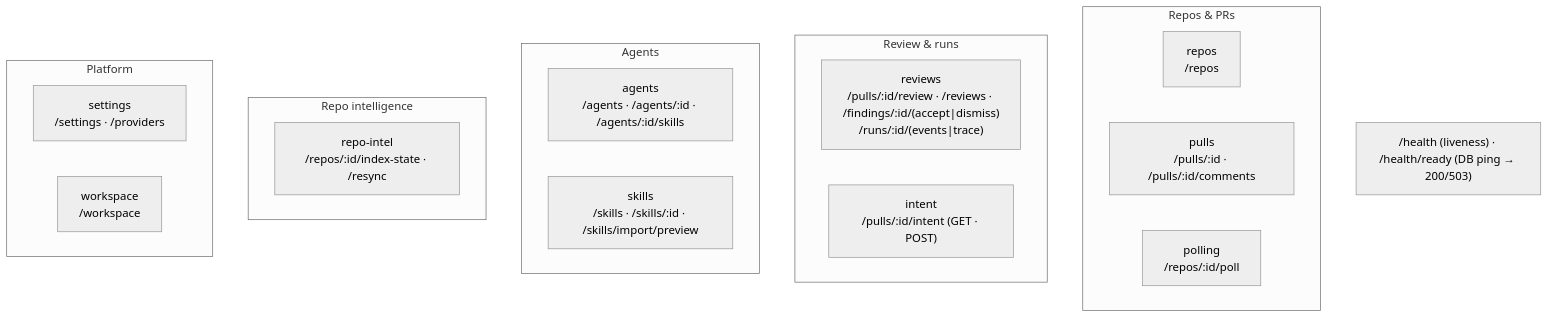
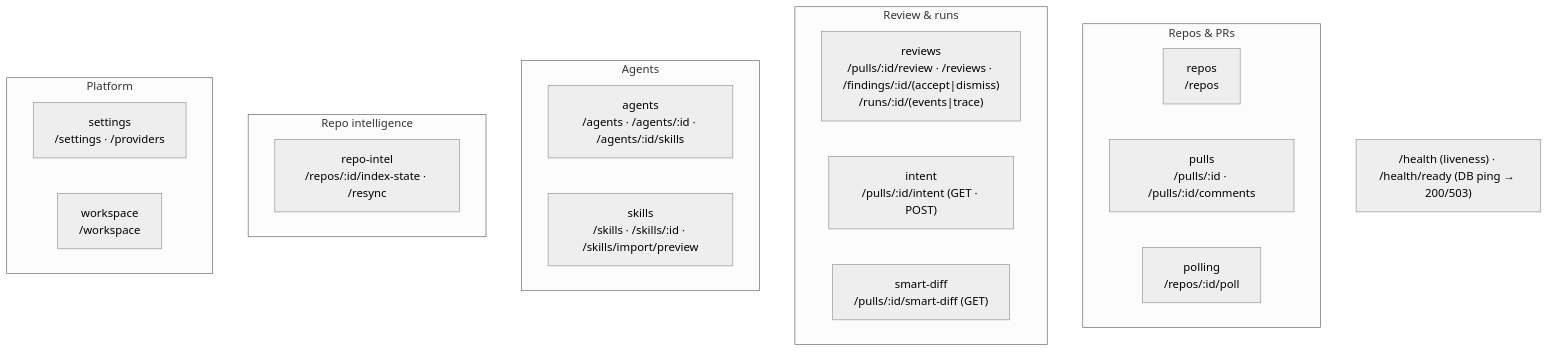
The second of 2 diagrams in server/README.md (artemmmon/dev-digest), drawn with Mermaid (neutral theme) before and after one commit. The commit also changed 22 other files, not shown here.

First line of the commit message:
feat: Smart Diff server — file role classifier and GET /pulls/:id/smart-diff

````diff
--- a/server/README.md
+++ b/server/README.md
@@ -69,24 +69,25 @@
 ```mermaid
 flowchart TB
   subgraph Repos_PRs["Repos & PRs"]
     repos["repos<br/>/repos"]
     pulls["pulls<br/>/pulls/:id · /pulls/:id/comments"]
     polling["polling<br/>/repos/:id/poll"]
   end
   subgraph Review["Review & runs"]
     reviews["reviews<br/>/pulls/:id/review · /reviews · /findings/:id/(accept|dismiss)<br/>/runs/:id/(events|trace)"]
     intent["intent<br/>/pulls/:id/intent (GET · POST)"]
+    smartDiff["smart-diff<br/>/pulls/:id/smart-diff (GET)"]
   end
   subgraph Agents["Agents"]
     agents["agents<br/>/agents · /agents/:id · /agents/:id/skills"]
     skills["skills<br/>/skills · /skills/:id · /skills/import/preview"]
   end
   subgraph Intel["Repo intelligence"]
     repoIntel["repo-intel<br/>/repos/:id/index-state · /resync"]
   end
   subgraph Platform["Platform"]
     settings["settings<br/>/settings · /providers"]
     workspace["workspace<br/>/workspace"]
   end
   HEALTH["/health (liveness) · /health/ready (DB ping → 200/503)"]
 ```
````
